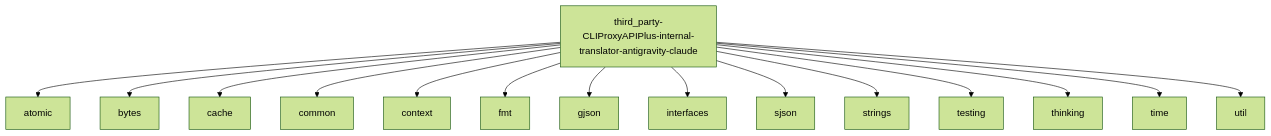
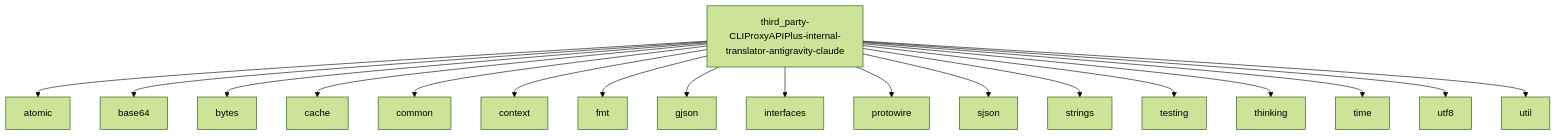
The diagram in .agentlens/modules/third_party-CLIProxyAPIPlus-internal-translator-antigravity-claude/imports.md (0xTract0r/quotio), drawn with Mermaid (forest theme) before and after one commit. The commit also changed other lines of this file and 126 other files, not shown here.

````diff
--- a/.agentlens/modules/third_party-CLIProxyAPIPlus-internal-translator-antigravity-claude/imports.md
+++ b/.agentlens/modules/third_party-CLIProxyAPIPlus-internal-translator-antigravity-claude/imports.md
@@ -7,17 +7,20 @@
 ```mermaid
 graph TD
     third_party_CLIProxyAPIPlus_internal_translator_antigravity_claude[third_party-CLIProxyAPIPlus-internal-translator-antigravity-claude] --> atomic[atomic]
+    third_party_CLIProxyAPIPlus_internal_translator_antigravity_claude[third_party-CLIProxyAPIPlus-internal-translator-antigravity-claude] --> base64[base64]
     third_party_CLIProxyAPIPlus_internal_translator_antigravity_claude[third_party-CLIProxyAPIPlus-internal-translator-antigravity-claude] --> bytes[bytes]
     third_party_CLIProxyAPIPlus_internal_translator_antigravity_claude[third_party-CLIProxyAPIPlus-internal-translator-antigravity-claude] --> cache[cache]
     third_party_CLIProxyAPIPlus_internal_translator_antigravity_claude[third_party-CLIProxyAPIPlus-internal-translator-antigravity-claude] --> common[common]
     third_party_CLIProxyAPIPlus_internal_translator_antigravity_claude[third_party-CLIProxyAPIPlus-internal-translator-antigravity-claude] --> context[context]
     third_party_CLIProxyAPIPlus_internal_translator_antigravity_claude[third_party-CLIProxyAPIPlus-internal-translator-antigravity-claude] --> fmt[fmt]
     third_party_CLIProxyAPIPlus_internal_translator_antigravity_claude[third_party-CLIProxyAPIPlus-internal-translator-antigravity-claude] --> gjson[gjson]
     third_party_CLIProxyAPIPlus_internal_translator_antigravity_claude[third_party-CLIProxyAPIPlus-internal-translator-antigravity-claude] --> interfaces[interfaces]
+    third_party_CLIProxyAPIPlus_internal_translator_antigravity_claude[third_party-CLIProxyAPIPlus-internal-translator-antigravity-claude] --> protowire[protowire]
     third_party_CLIProxyAPIPlus_internal_translator_antigravity_claude[third_party-CLIProxyAPIPlus-internal-translator-antigravity-claude] --> sjson[sjson]
     third_party_CLIProxyAPIPlus_internal_translator_antigravity_claude[third_party-CLIProxyAPIPlus-internal-translator-antigravity-claude] --> strings[strings]
     third_party_CLIProxyAPIPlus_internal_translator_antigravity_claude[third_party-CLIProxyAPIPlus-internal-translator-antigravity-claude] --> testing[testing]
     third_party_CLIProxyAPIPlus_internal_translator_antigravity_claude[third_party-CLIProxyAPIPlus-internal-translator-antigravity-claude] --> thinking[thinking]
     third_party_CLIProxyAPIPlus_internal_translator_antigravity_claude[third_party-CLIProxyAPIPlus-internal-translator-antigravity-claude] --> time[time]
+    third_party_CLIProxyAPIPlus_internal_translator_antigravity_claude[third_party-CLIProxyAPIPlus-internal-translator-antigravity-claude] --> utf8[utf8]
     third_party_CLIProxyAPIPlus_internal_translator_antigravity_claude[third_party-CLIProxyAPIPlus-internal-translator-antigravity-claude] --> util[util]
 ```
````
